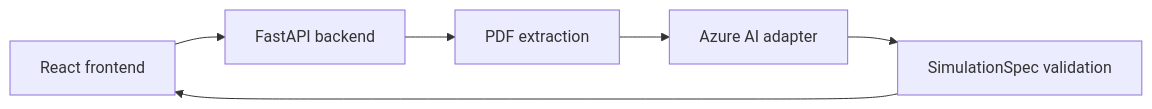
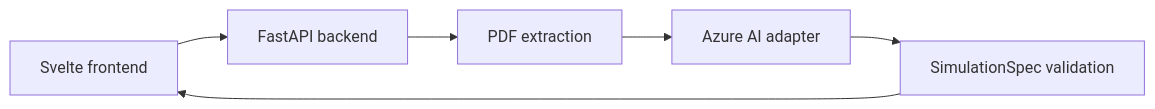
Before and after one commit to TheAdelitta/hyperplay: the diagram in README.md, drawn with Mermaid. The commit also changed other lines of this file, not shown here.

Commit message:
Update README for Svelte frontend

````diff
--- a/README.md
+++ b/README.md
@@ -11,8 +7,8 @@
 ```mermaid
 flowchart LR
-    A["React frontend"] --> B["FastAPI backend"]
+    A["Svelte frontend"] --> B["FastAPI backend"]
     B --> C["PDF extraction"]
     C --> D["Azure AI adapter"]
     D --> E["SimulationSpec validation"]
     E --> A
 ```
````
